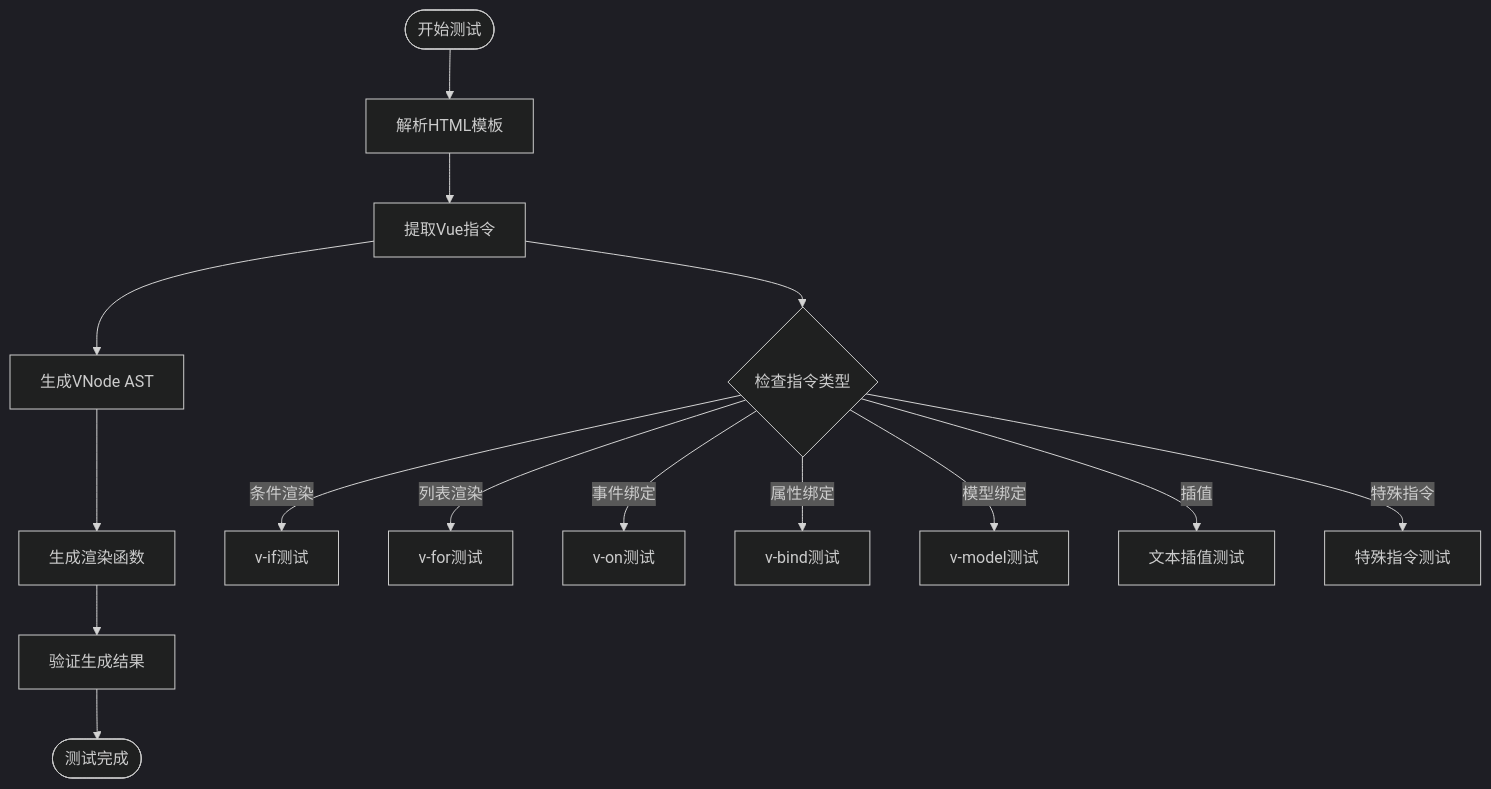
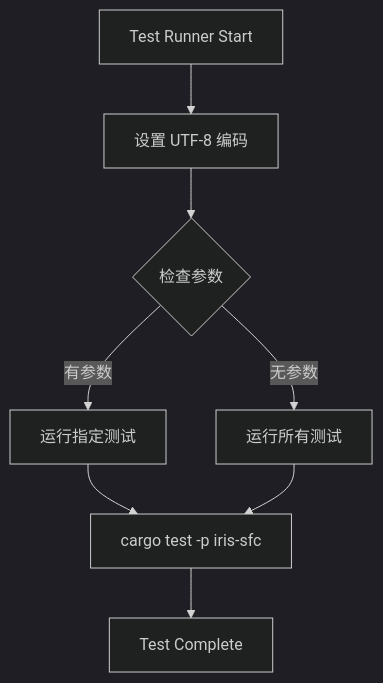
The second of 8 diagrams in .qoder/repowiki/zh/content/核心功能特性/工程化与商业化能力/测试框架与基础设施/测试框架与基础设施.md (itszzl-sudo/iris), drawn with Mermaid (dark theme) before and after one commit. The commit also changed other lines of this file and 4 other files, not shown here.

````diff
--- a/.qoder/repowiki/zh/content/核心功能特性/工程化与商业化能力/测试框架与基础设施/测试框架与基础设施.md
+++ b/.qoder/repowiki/zh/content/核心功能特性/工程化与商业化能力/测试框架与基础设施/测试框架与基础设施.md
@@ -260,17 +89,10 @@
 ```mermaid
 flowchart TD
-Start([开始测试]) --> ParseHTML[解析HTML模板]
-ParseHTML --> ExtractDirectives[提取Vue指令]
-ExtractDirectives --> GenerateAST[生成VNode AST]
-GenerateAST --> GenerateCode[生成渲染函数]
-GenerateCode --> ValidateResult[验证生成结果]
-ValidateResult --> End([测试完成])
-ExtractDirectives --> CheckDirectives{"检查指令类型"}
-CheckDirectives --> |条件渲染| VIfTest[v-if测试]
-CheckDirectives --> |列表渲染| VForTest[v-for测试]
-CheckDirectives --> |事件绑定| VOnTest[v-on测试]
-CheckDirectives --> |属性绑定| VBindTest[v-bind测试]
-CheckDirectives --> |模型绑定| VModelTest[v-model测试]
-CheckDirectives --> |插值| TextTest[文本插值测试]
-CheckDirectives --> |特殊指令| SpecialTest[特殊指令测试]
+START[Test Runner Start] --> UTF8[设置 UTF-8 编码]
+UTF8 --> CHECK_ARGS{检查参数}
+CHECK_ARGS --> |有参数| SPECIFIC[运行指定测试]
+CHECK_ARGS --> |无参数| ALL[运行所有测试]
+SPECIFIC --> CARGO[cargo test -p iris-sfc]
+ALL --> CARGO
+CARGO --> END[Test Complete]
 ```
````
